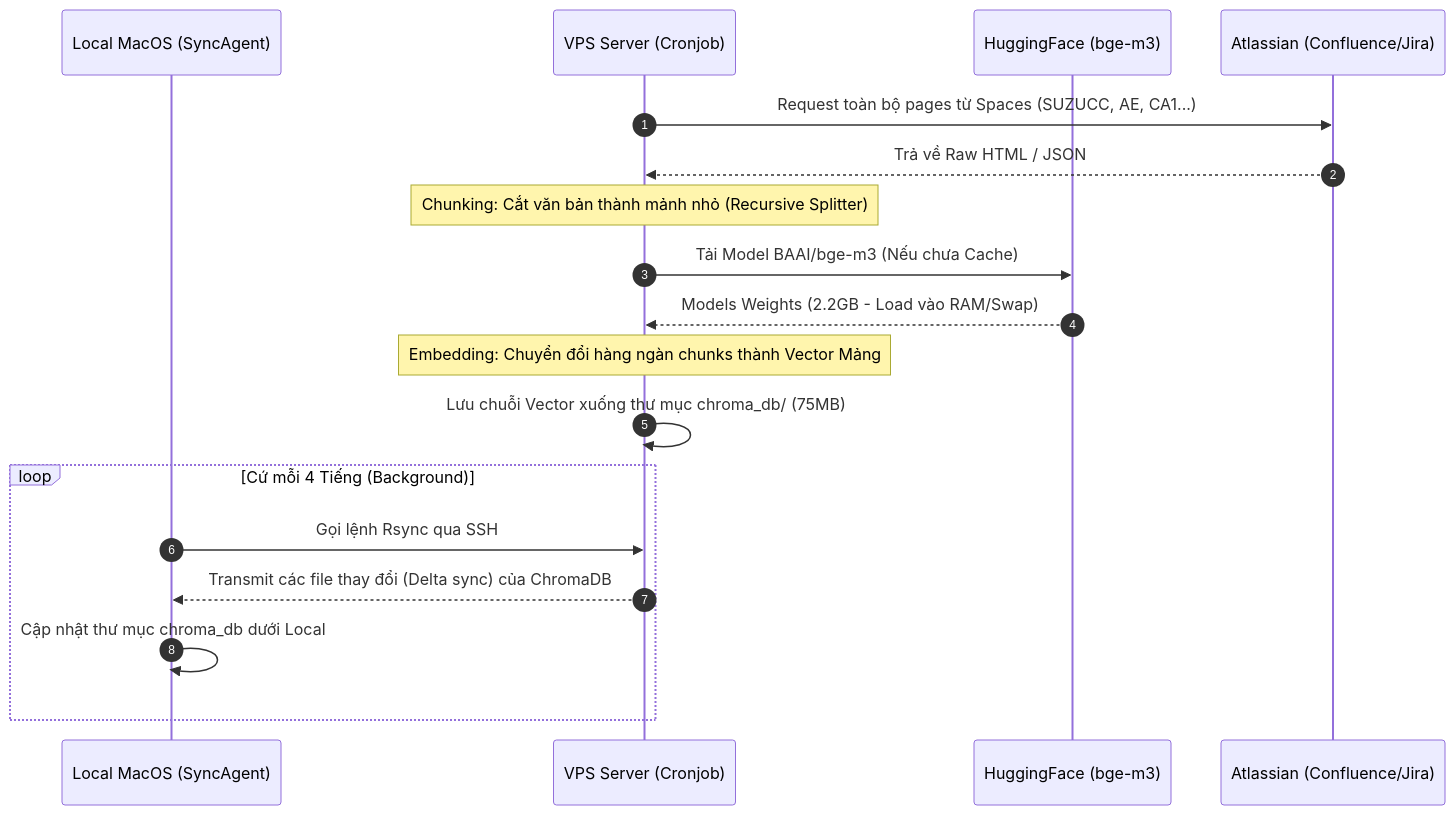
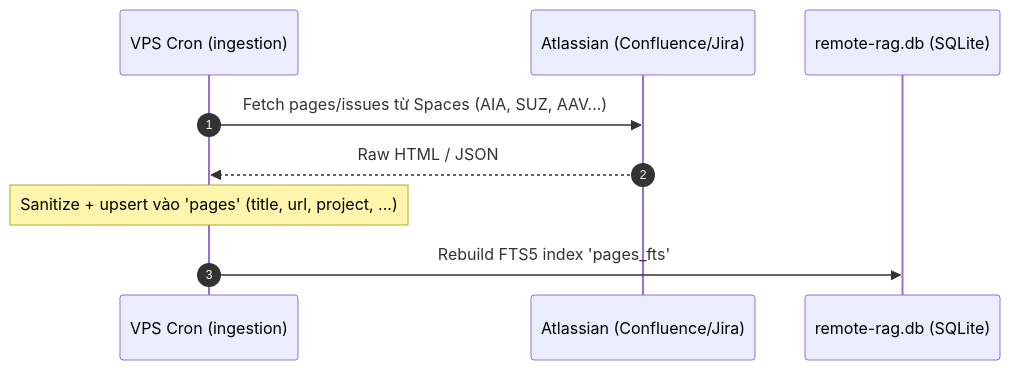
The third of 4 diagrams in docs/system-architecture.md (cachep-xidau/MCP-server), drawn with Mermaid before and after one commit. The commit also changed other lines of this file and 4 other files, not shown here.

````diff
--- a/docs/system-architecture.md
+++ b/docs/system-architecture.md
@@ -80,25 +76,12 @@
 ```mermaid
 sequenceDiagram
     autonumber
-    participant Mac as Local MacOS (SyncAgent)
-    participant VPS as VPS Server (Cronjob)
-    participant Model as HuggingFace (bge-m3)
+    participant Cron as VPS Cron (ingestion)
     participant Atlas as Atlassian (Confluence/Jira)
-    
-    VPS->>Atlas: Request toàn bộ pages từ Spaces (SUZUCC, AE, CA1...)
-    Atlas-->>VPS: Trả về Raw HTML / JSON
-    
-    Note over VPS: Chunking: Cắt văn bản thành mảnh nhỏ (Recursive Splitter)
-    
-    VPS->>Model: Tải Model BAAI/bge-m3 (Nếu chưa Cache)
-    Model-->>VPS: Models Weights (2.2GB - Load vào RAM/Swap)
-    
-    Note over VPS: Embedding: Chuyển đổi hàng ngàn chunks thành Vector Mảng
-    VPS->>VPS: Lưu chuỗi Vector xuống thư mục chroma_db/ (75MB)
-    
-    loop Cứ mỗi 4 Tiếng (Background)
-        Mac->>VPS: Gọi lệnh Rsync qua SSH
-        VPS-->>Mac: Transmit các file thay đổi (Delta sync) của ChromaDB
-        Mac->>Mac: Cập nhật thư mục chroma_db dưới Local
-    end
+    participant DB as remote-rag.db (SQLite)
+
+    Cron->>Atlas: Fetch pages/issues từ Spaces (AIA, SUZ, AAV...)
+    Atlas-->>Cron: Raw HTML / JSON
+    Note over Cron: Sanitize + upsert vào 'pages' (title, url, project, ...)
+    Cron->>DB: Rebuild FTS5 index 'pages_fts'
 ```
````
